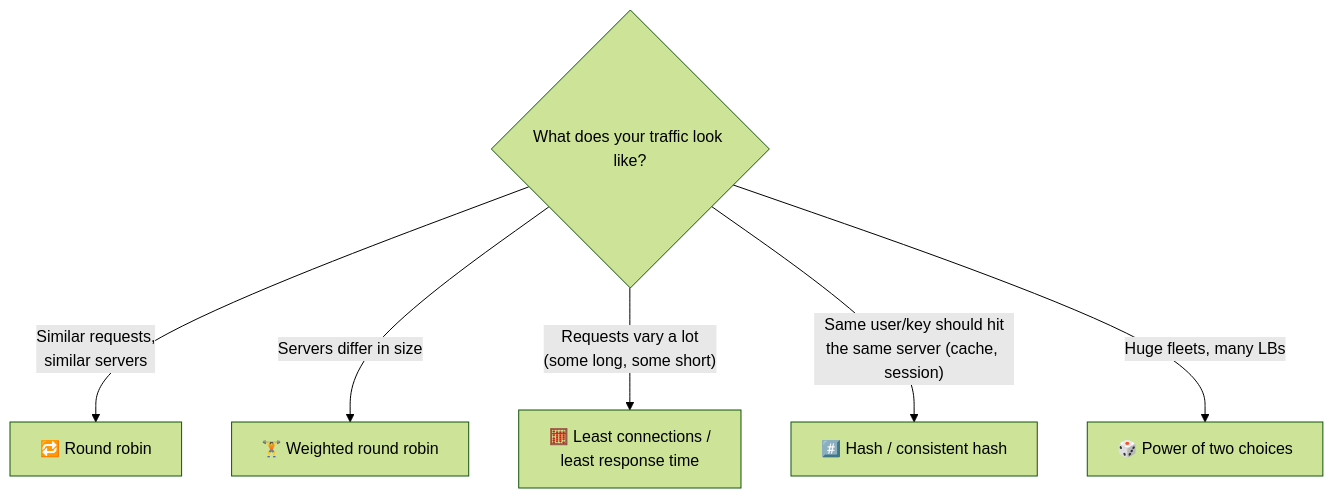
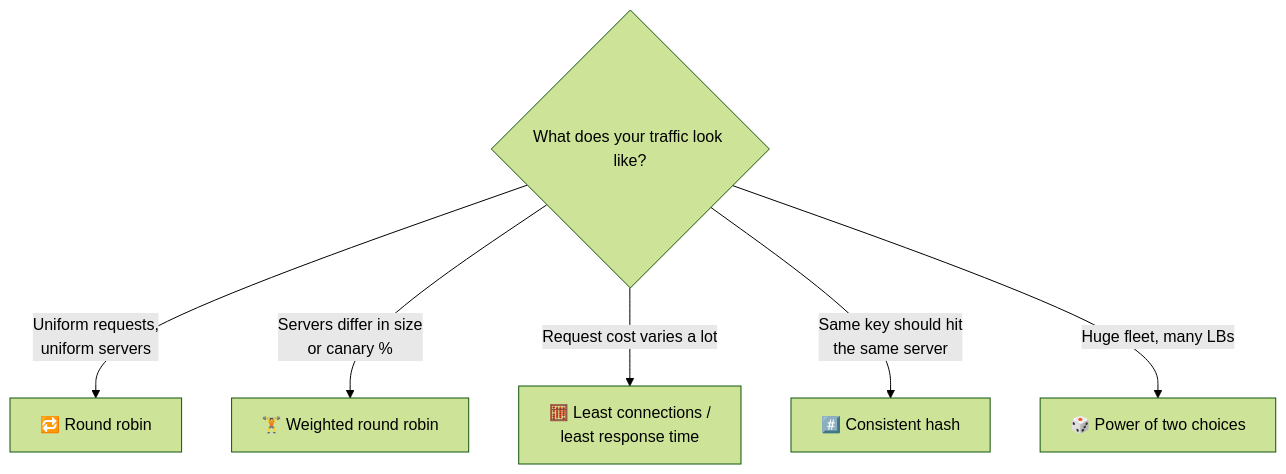
The diagram in phases/03-scaling-basics/020-load-balancing-algorithms.md (winnyboy5/System-Design-from-Atoms), drawn with Mermaid (forest theme) before and after one commit. The commit also changed other lines of this file and 9 other files, not shown here.

````diff
--- a/phases/03-scaling-basics/020-load-balancing-algorithms.md
+++ b/phases/03-scaling-basics/020-load-balancing-algorithms.md
@@ -29,8 +39,8 @@
 ```mermaid
 flowchart TD
-    Q{"What does your traffic look like?"} -->|"Similar requests,<br/>similar servers"| RR["🔁 Round robin"]
-    Q -->|"Servers differ in size"| W["🏋️ Weighted round robin"]
-    Q -->|"Requests vary a lot<br/>(some long, some short)"| LC["🧮 Least connections /<br/>least response time"]
-    Q -->|"Same user/key should hit<br/>the same server (cache, session)"| H["#️⃣ Hash / consistent hash"]
-    Q -->|"Huge fleets, many LBs"| P2["🎲 Power of two choices"]
+    Q{"What does your traffic look like?"} -->|"Uniform requests,<br/>uniform servers"| RR["🔁 Round robin"]
+    Q -->|"Servers differ in size<br/>or canary %"| W["🏋️ Weighted round robin"]
+    Q -->|"Request cost varies a lot"| LC["🧮 Least connections /<br/>least response time"]
+    Q -->|"Same key should hit<br/>the same server"| H["#️⃣ Consistent hash"]
+    Q -->|"Huge fleet, many LBs"| P2["🎲 Power of two choices"]
 ```
````
